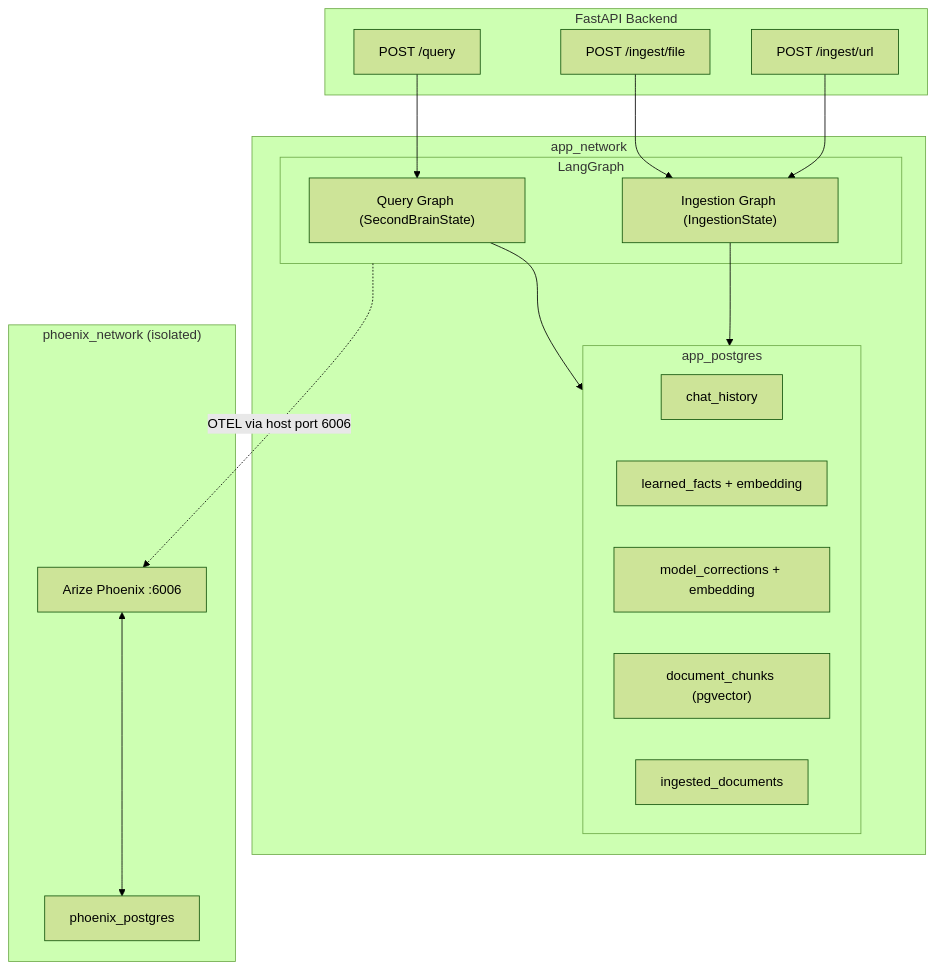
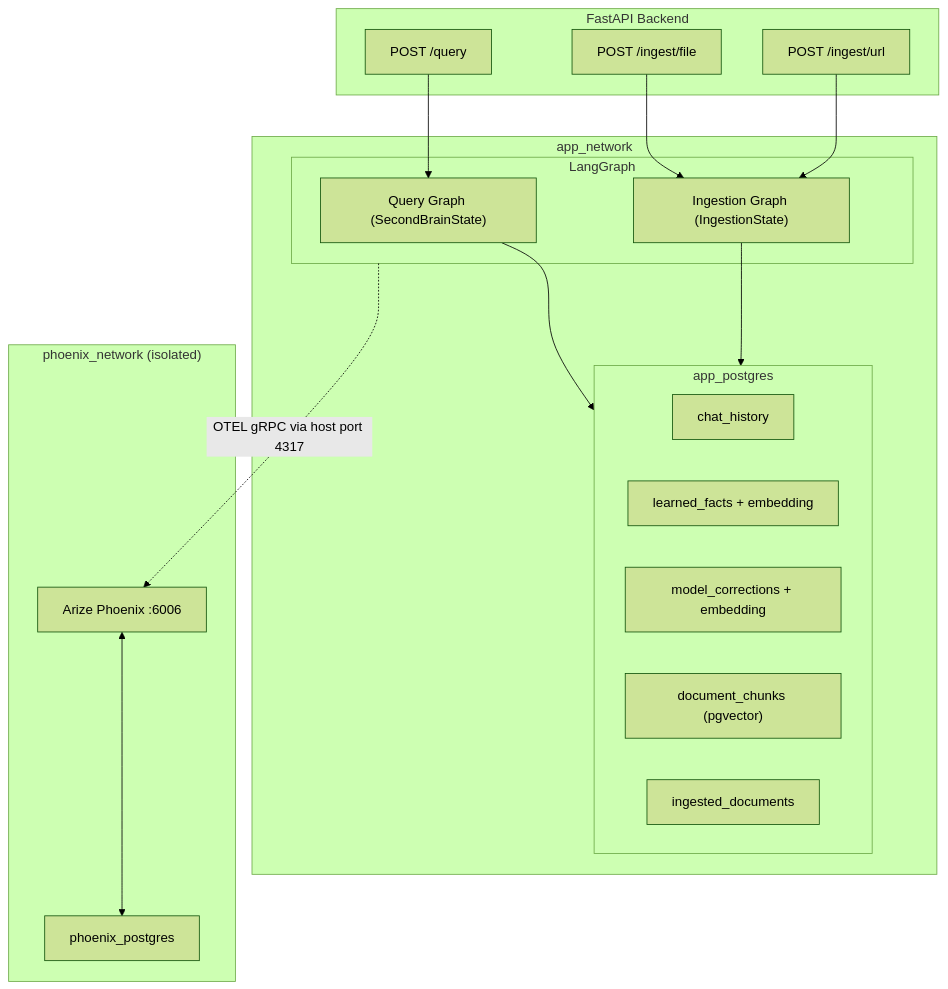
The first of 4 diagrams in docs/superpowers/specs/2026-06-16-second-brain-design.md (jason-lee-tw/second-brain), drawn with Mermaid (forest theme) before and after one commit. The commit also changed other lines of this file and 11 other files, not shown here.

Commit message:
chore: use phoenix gRPC port instead of http port

````diff
--- a/docs/superpowers/specs/2026-06-16-second-brain-design.md
+++ b/docs/superpowers/specs/2026-06-16-second-brain-design.md
@@ -76,35 +76,35 @@
 ```mermaid
 graph TD
     subgraph API["FastAPI Backend"]
         Q["POST /query"]
         IF["POST /ingest/file"]
         IU["POST /ingest/url"]
     end
 
     subgraph app_network["app_network"]
         subgraph LG["LangGraph"]
             QG["Query Graph (SecondBrainState)"]
             IG["Ingestion Graph (IngestionState)"]
         end
         subgraph PG["app_postgres"]
             CH["chat_history"]
             LF["learned_facts + embedding"]
             MC["model_corrections + embedding"]
             DC["document_chunks (pgvector)"]
             ID["ingested_documents"]
         end
     end
 
     subgraph phoenix_network["phoenix_network (isolated)"]
         PH["Arize Phoenix :6006"]
         PPG["phoenix_postgres"]
         PH <--> PPG
     end
 
     Q --> QG
     IF --> IG
     IU --> IG
     QG --> PG
     IG --> PG
-    LG -. "OTEL via host port 6006" .-> PH
+    LG -. "OTEL gRPC via host port 4317" .-> PH
 ```
````
